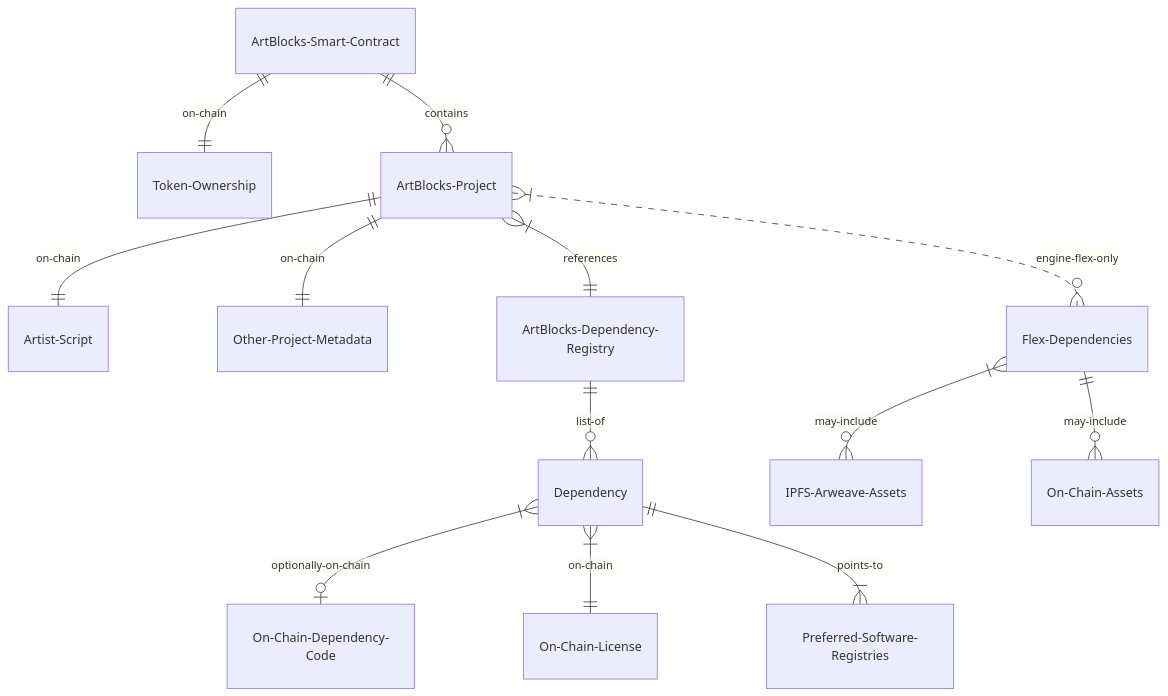
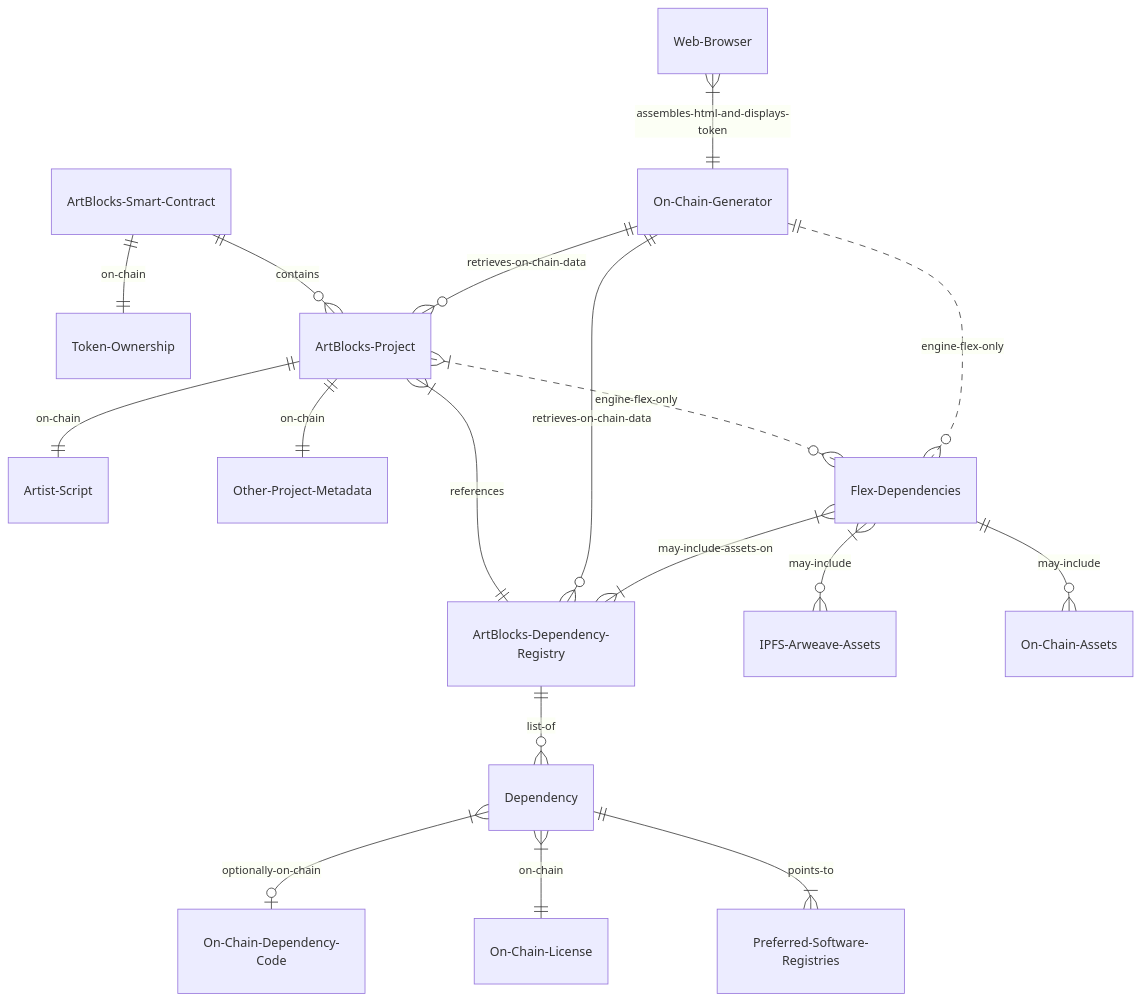
The diagram in art-blocks-101/on-chain.md (ArtBlocks/artblocks-docs), drawn with Mermaid before and after one commit. The commit also changed other lines of this file and 3 other files, not shown here.

Commit message:
update on chain and generator docs for recent upgrades

````diff
--- a/art-blocks-101/on-chain.md
+++ b/art-blocks-101/on-chain.md
@@ -18,15 +20,20 @@
 ```mermaid
 erDiagram
     ArtBlocks-Smart-Contract ||--|| Token-Ownership :on-chain
     ArtBlocks-Smart-Contract ||--o{ ArtBlocks-Project: contains
     ArtBlocks-Project ||--|| Artist-Script: on-chain
     ArtBlocks-Project ||--|| Other-Project-Metadata: on-chain
     ArtBlocks-Project }|--|| ArtBlocks-Dependency-Registry: references
     ArtBlocks-Dependency-Registry ||--o{ Dependency: list-of
     Dependency }|--o| On-Chain-Dependency-Code: optionally-on-chain
     Dependency }|--|| On-Chain-License: on-chain
     Dependency ||--|{ Preferred-Software-Registries: points-to
     ArtBlocks-Project }|..o{ Flex-Dependencies: engine-flex-only
     Flex-Dependencies }|--o{ IPFS-Arweave-Assets: may-include
     Flex-Dependencies ||--o{ On-Chain-Assets: may-include
+    On-Chain-Generator ||--o{ ArtBlocks-Project: retrieves-on-chain-data
+    On-Chain-Generator ||..o{ Flex-Dependencies: engine-flex-only
+    On-Chain-Generator ||--o{ ArtBlocks-Dependency-Registry: retrieves-on-chain-data
+    Web-Browser }|--|| On-Chain-Generator: assembles-html-and-displays-token
+    Flex-Dependencies }|--|{ ArtBlocks-Dependency-Registry: may-include-assets-on
 ```
````
